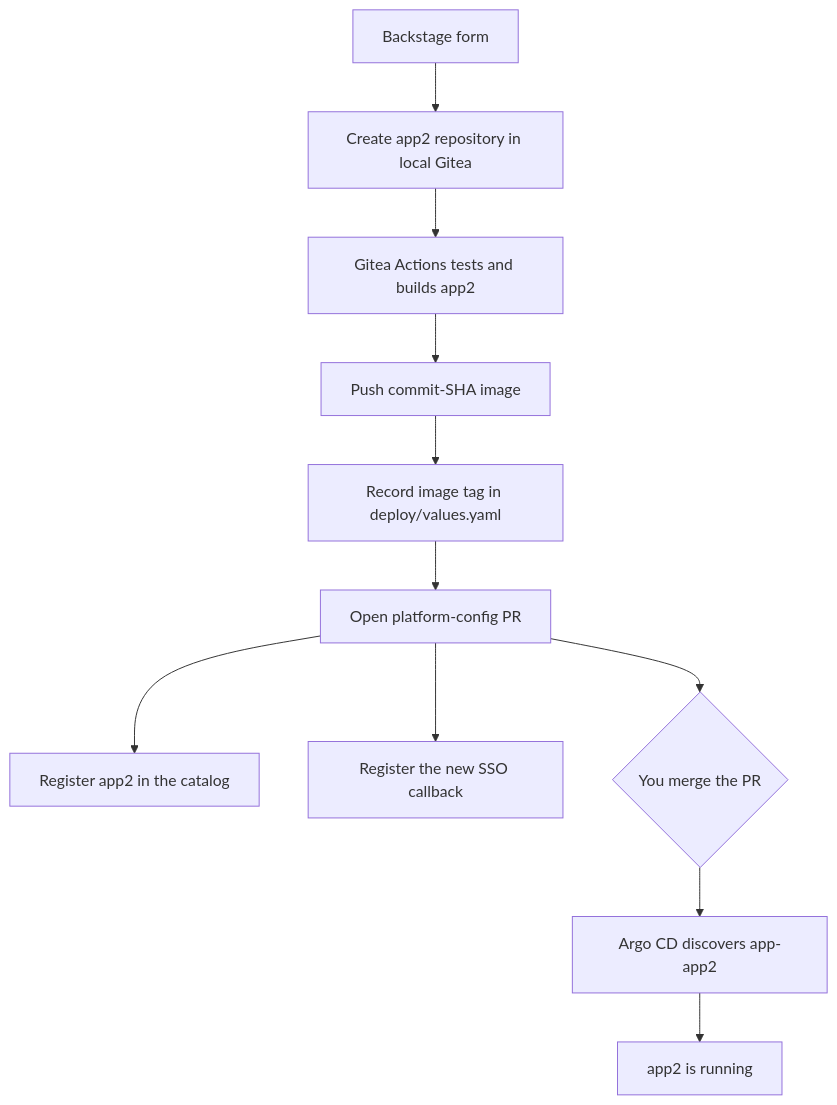
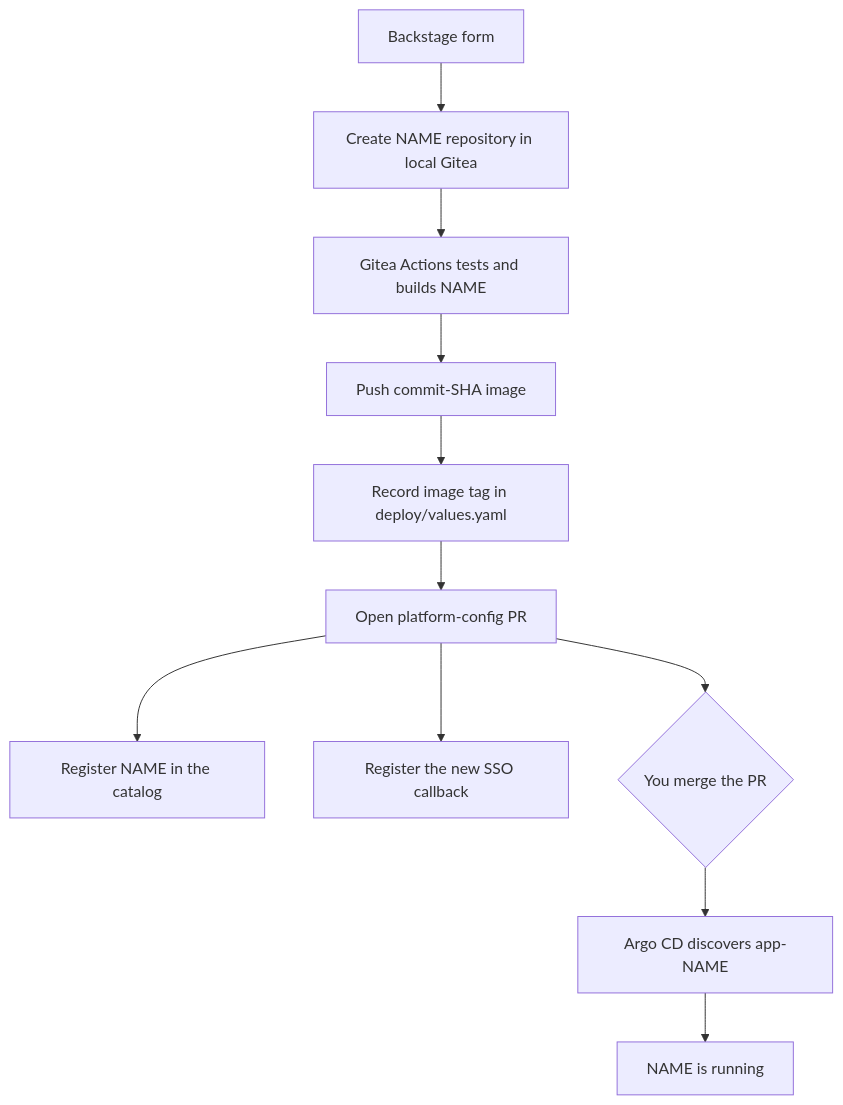
One commit to yu-min3/kensan-lab changed the second of 4 diagrams in docs/getting-started/try-it-with-kind.md. Above: the diagram before and after it, drawn with Mermaid. The commit also changed other lines of this file and 21 other files, not shown here.

````diff
--- a/docs/getting-started/try-it-with-kind.md
+++ b/docs/getting-started/try-it-with-kind.md
@@ -173,14 +189,14 @@
 ```mermaid
 flowchart TD
-    A[Backstage form] --> B[Create app2 repository in local Gitea]
-    B --> F[Gitea Actions tests and builds app2]
+    A[Backstage form] --> B[Create NAME repository in local Gitea]
+    B --> F[Gitea Actions tests and builds NAME]
     F --> G[Push commit-SHA image]
     G --> H[Record image tag in deploy/values.yaml]
     H --> C[Open platform-config PR]
-    C --> D[Register app2 in the catalog]
+    C --> D[Register NAME in the catalog]
     C --> E[Register the new SSO callback]
     C --> I{You merge the PR}
     I --> J
-    J[Argo CD discovers app-app2]
-    J --> K[app2 is running]
+    J[Argo CD discovers app-NAME]
+    J --> K[NAME is running]
 ```
````
